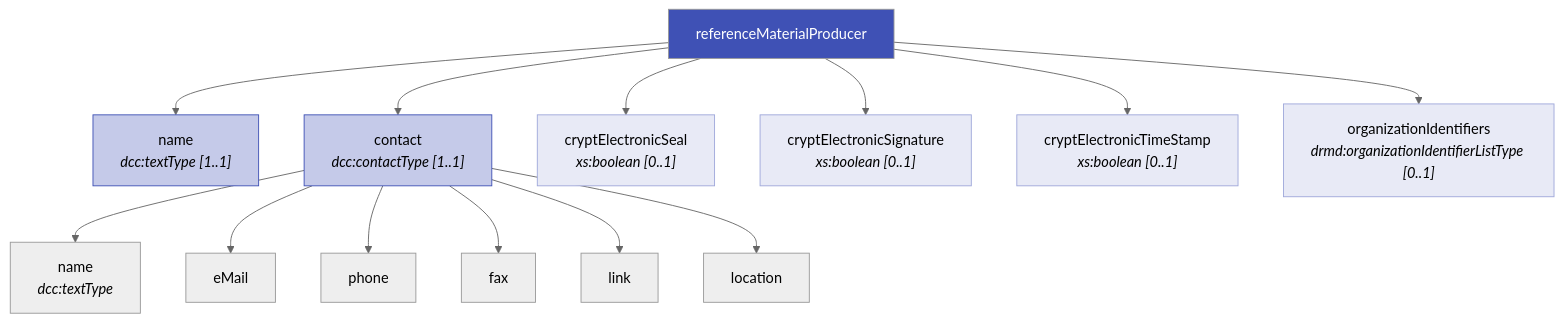
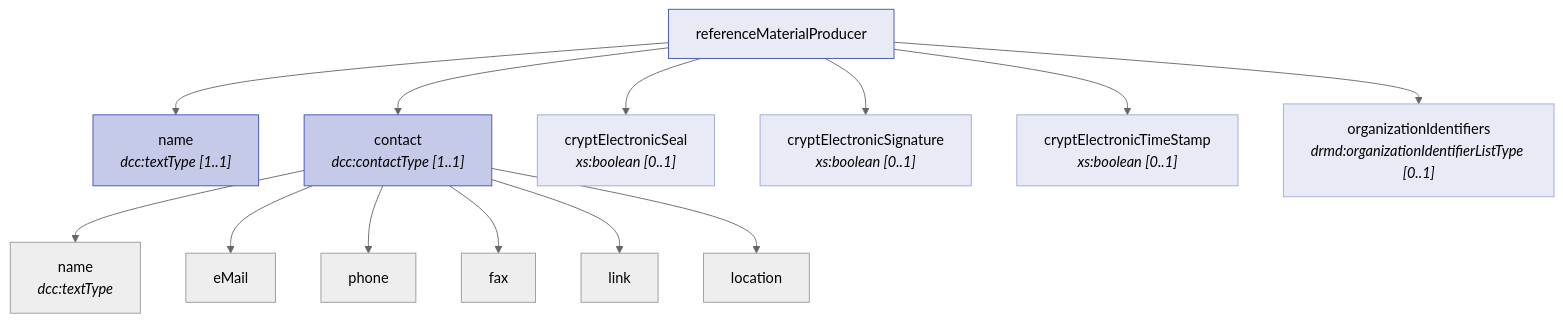
The fifth of 6 diagrams in docs/administrative_data.md (punitharumilli/DRMD_Schema), drawn with Mermaid (neutral theme) before and after one commit. The commit also changed other lines of this file and 6 other files, not shown here.

````diff
--- a/docs/administrative_data.md
+++ b/docs/administrative_data.md
@@ -306,32 +298,32 @@
 ```mermaid
 graph TD
     RMP["referenceMaterialProducer"]
     NAME["name<br/><i>dcc:textType [1..1]</i>"]
     CONTACT["contact<br/><i>dcc:contactType [1..1]</i>"]
     SEAL["cryptElectronicSeal<br/><i>xs:boolean [0..1]</i>"]
     SIG["cryptElectronicSignature<br/><i>xs:boolean [0..1]</i>"]
     TS["cryptElectronicTimeStamp<br/><i>xs:boolean [0..1]</i>"]
     OI["organizationIdentifiers<br/><i>drmd:organizationIdentifierListType [0..1]</i>"]
 
     RMP --> NAME
     RMP --> CONTACT
     RMP --> SEAL
     RMP --> SIG
     RMP --> TS
     RMP --> OI
 
     CONTACT --> CN["name<br/><i>dcc:textType</i>"]
     CONTACT --> EM["eMail"]
     CONTACT --> PH["phone"]
     CONTACT --> FAX["fax"]
     CONTACT --> LN["link"]
     CONTACT --> LOC["location"]
 
-    style RMP fill:#3f51b5,color:#fff
+    style RMP fill:#e8eaf6,color:#000,stroke:#3f51b5
     style NAME fill:#c5cae9,stroke:#3f51b5
     style CONTACT fill:#c5cae9,stroke:#3f51b5
     style SEAL fill:#e8eaf6,stroke:#9fa8da
     style SIG fill:#e8eaf6,stroke:#9fa8da
     style TS fill:#e8eaf6,stroke:#9fa8da
     style OI fill:#e8eaf6,stroke:#9fa8da
 ```
````
